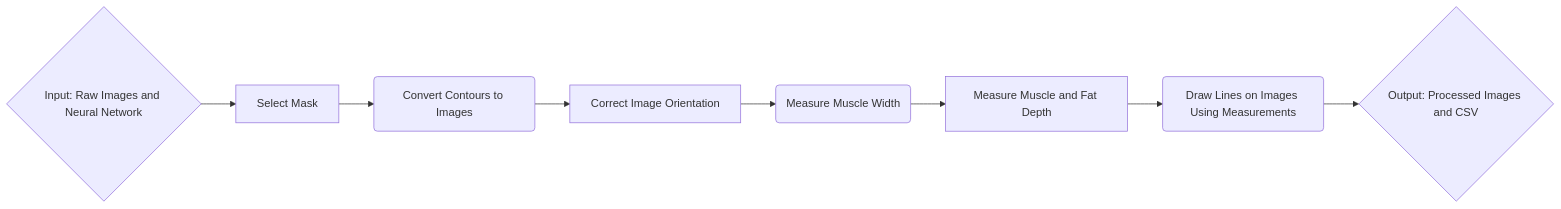
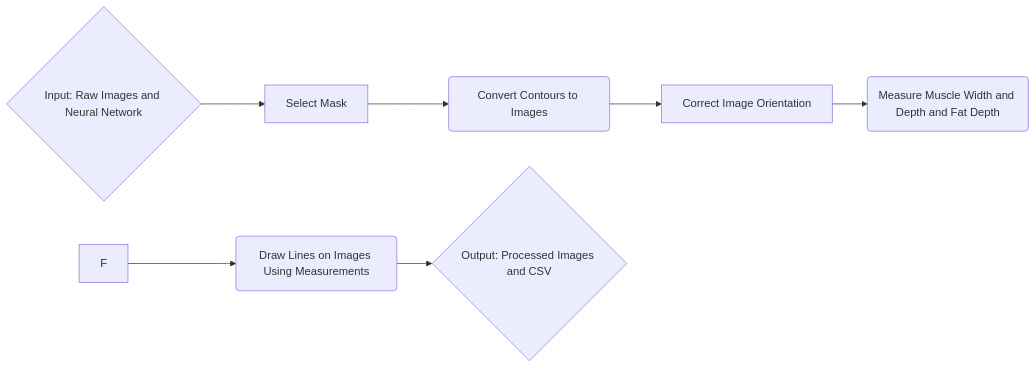
The diagram in README.md (AAFC-Bioinfo-AAC/pork-vision), drawn with Mermaid before and after one commit. The commit also changed other lines of this file, not shown here.

Commit message:
Update README.md parameters and flowchart

````diff
--- a/README.md
+++ b/README.md
@@ -69,12 +69,11 @@
 ```mermaid
     flowchart LR;
        A{Input: Raw Images and Neural Network}-->B[Select Mask]
             B-->C(Convert Contours to Images)
             C-->D[Correct Image Orientation]
-            D-->E(Measure Muscle Width)
-            E-->F[Measure Muscle and Fat Depth]
+            D-->E(Measure Muscle Width and Depth and Fat Depth)
             F-->G(Draw Lines on Images Using Measurements)
             G-->H{Output: Processed Images and CSV}
 
 
 ```
````
